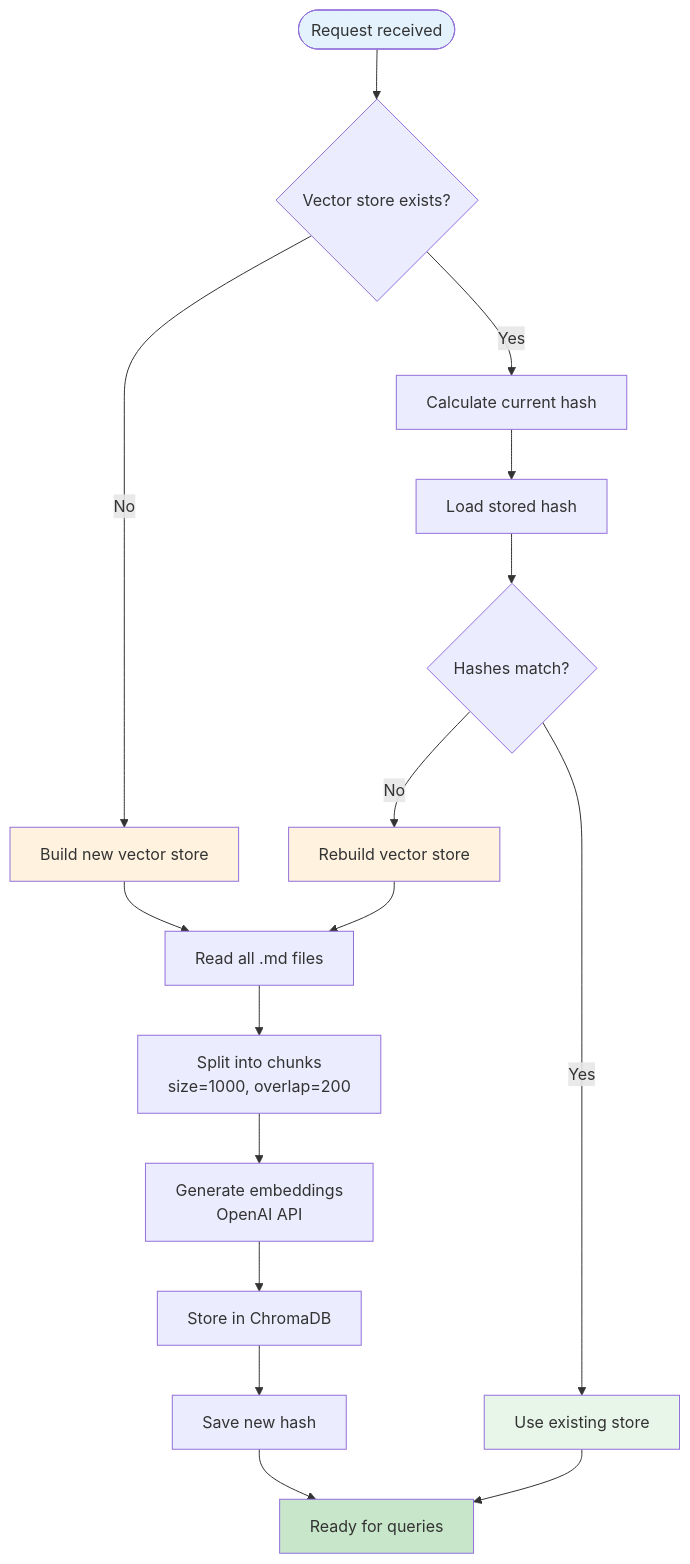
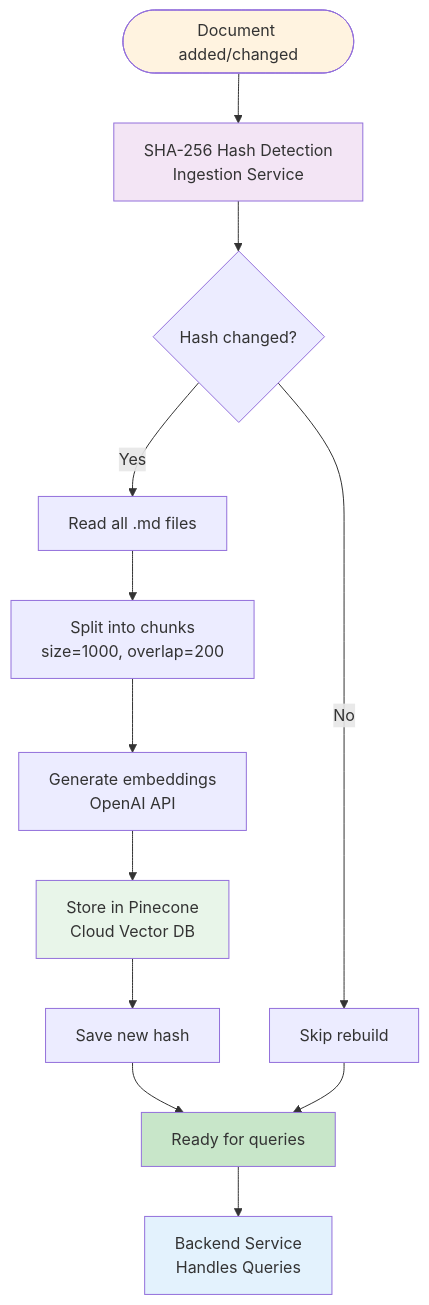
The third of 9 diagrams in README.md (NinobraV/knowra-onboarding-agent), drawn with Mermaid before and after one commit. The commit also changed other lines of this file and 22 other files, not shown here.

Commit message:
feat: separate data ingestion into dedicated service

````diff
--- a/README.md
+++ b/README.md
@@ -166,29 +176,23 @@
 ```mermaid
 flowchart TD
-    START([Request received]) --> CHECK{Vector store exists?}
-    CHECK -->|No| BUILD[Build new vector store]
-    CHECK -->|Yes| HASH[Calculate current hash]
+    START([Document added/changed]) --> DETECT[SHA-256 Hash Detection<br/>Ingestion Service]
+    DETECT --> COMPARE{Hash changed?}
     
-    HASH --> LOAD_HASH[Load stored hash]
-    LOAD_HASH --> COMPARE{Hashes match?}
-    
-    COMPARE -->|Yes| SKIP[Use existing store]
-    COMPARE -->|No| REBUILD[Rebuild vector store]
-    
-    BUILD --> READ[Read all .md files]
-    REBUILD --> READ
+    COMPARE -->|No| SKIP[Skip rebuild]
+    COMPARE -->|Yes| READ[Read all .md files]
     
     READ --> SPLIT[Split into chunks<br/>size=1000, overlap=200]
     SPLIT --> EMBED[Generate embeddings<br/>OpenAI API]
-    EMBED --> STORE[Store in ChromaDB]
+    EMBED --> STORE[Store in Pinecone<br/>Cloud Vector DB]
     STORE --> SAVE_HASH[Save new hash]
     SAVE_HASH --> READY[Ready for queries]
     
     SKIP --> READY
+    READY --> QUERY[Backend Service<br/>Handles Queries]
     
-    style START fill:#e3f2fd
-    style BUILD fill:#fff3e0
-    style REBUILD fill:#fff3e0
+    style START fill:#fff3e0
+    style DETECT fill:#f3e5f5
+    style STORE fill:#e8f5e9
     style READY fill:#c8e6c9
-    style SKIP fill:#e8f5e9
+    style QUERY fill:#e3f2fd
 ```
````
